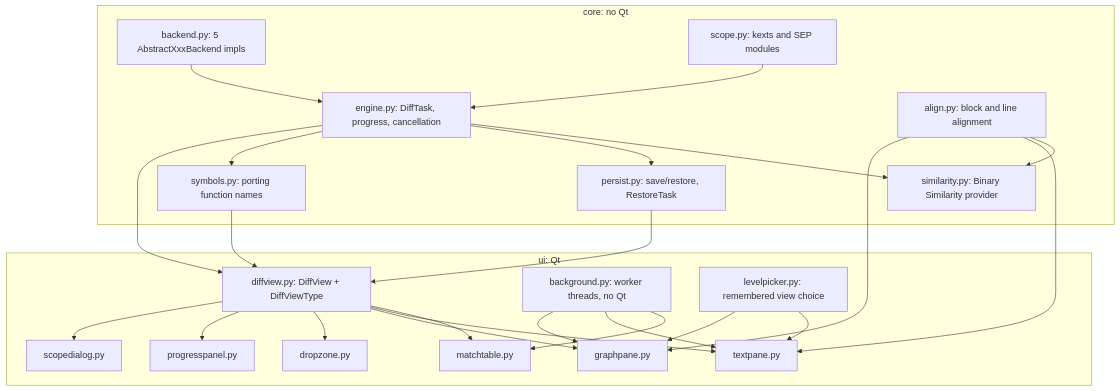
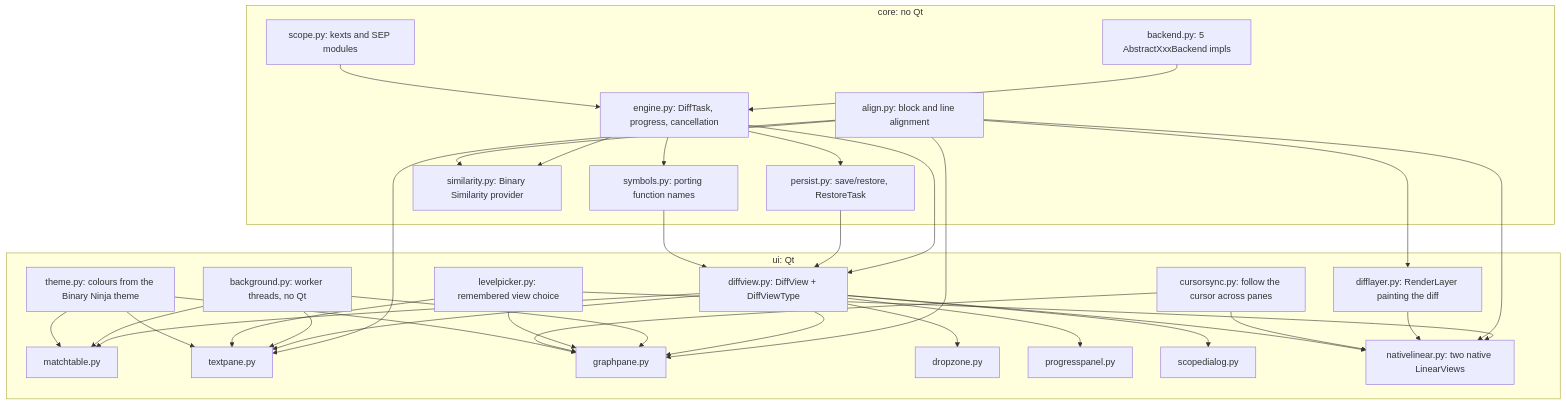
One commit to matteyeux/binja-diff changed the diagram in CLAUDE.md. Above: the diagram before and after it, drawn with Mermaid. The commit also changed other lines of this file and 33 other files, not shown here.

````diff
--- a/CLAUDE.md
+++ b/CLAUDE.md
@@ -294,45 +366,59 @@
 ```mermaid
 flowchart TD
     subgraph coreLayer [core: no Qt]
         backend["backend.py: 5 AbstractXxxBackend impls"]
         engine["engine.py: DiffTask, progress, cancellation"]
         alignMod["align.py: block and line alignment"]
         persistMod["persist.py: save/restore, RestoreTask"]
         scopeMod["scope.py: kexts and SEP modules"]
         similarityMod["similarity.py: Binary Similarity provider"]
         symbolsMod["symbols.py: porting function names"]
     end
     subgraph uiLayer [ui: Qt]
         diffview["diffview.py: DiffView + DiffViewType"]
         matchtable["matchtable.py"]
         textpane["textpane.py"]
         graphpane["graphpane.py"]
         dropzone["dropzone.py"]
         progresspanel["progresspanel.py"]
         scopedialog["scopedialog.py"]
+        nativelinear["nativelinear.py: two native LinearViews"]
+        difflayer["difflayer.py: RenderLayer painting the diff"]
+        cursorsync["cursorsync.py: follow the cursor across panes"]
+        themeMod["theme.py: colours from the Binary Ninja theme"]
         backgroundMod["background.py: worker threads, no Qt"]
         levelpicker["levelpicker.py: remembered view choice"]
     end
     backend --> engine
     scopeMod --> engine
     engine --> similarityMod
     alignMod --> similarityMod
     engine --> persistMod
     engine --> symbolsMod
     engine --> diffview
     persistMod --> diffview
     symbolsMod --> diffview
     alignMod --> textpane
     alignMod --> graphpane
     diffview --> matchtable
     diffview --> textpane
     diffview --> graphpane
     diffview --> dropzone
     diffview --> progresspanel
     diffview --> scopedialog
     backgroundMod --> matchtable
     backgroundMod --> textpane
     backgroundMod --> graphpane
     levelpicker --> textpane
     levelpicker --> graphpane
+    levelpicker --> nativelinear
+    alignMod --> nativelinear
+    alignMod --> difflayer
+    difflayer --> nativelinear
+    cursorsync --> nativelinear
+    cursorsync --> graphpane
+    themeMod --> matchtable
+    themeMod --> textpane
+    themeMod --> graphpane
+    diffview --> nativelinear
 ```
````
